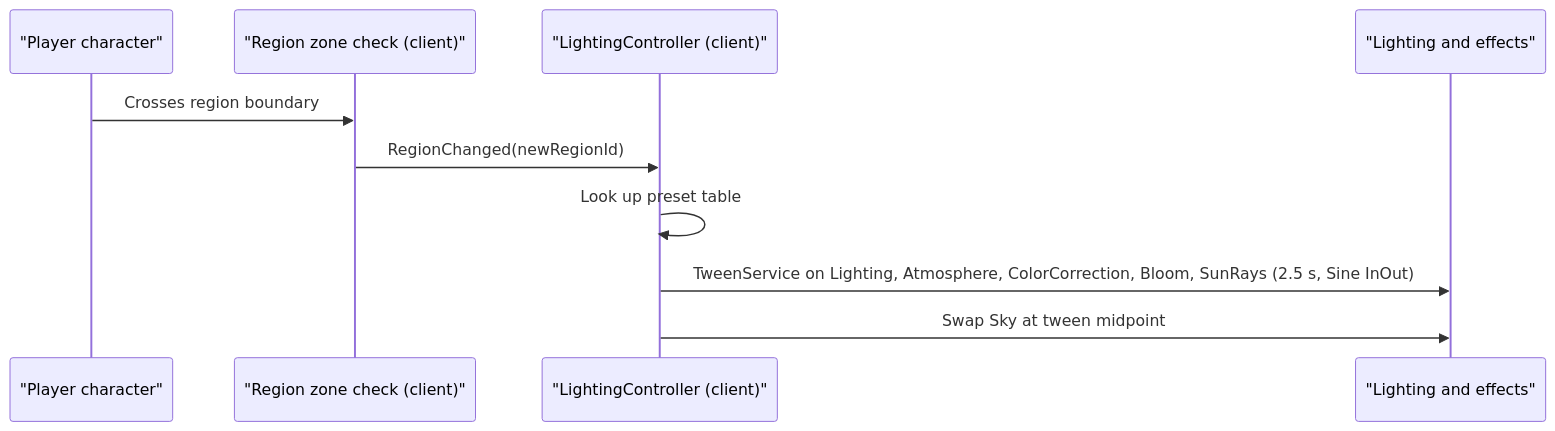
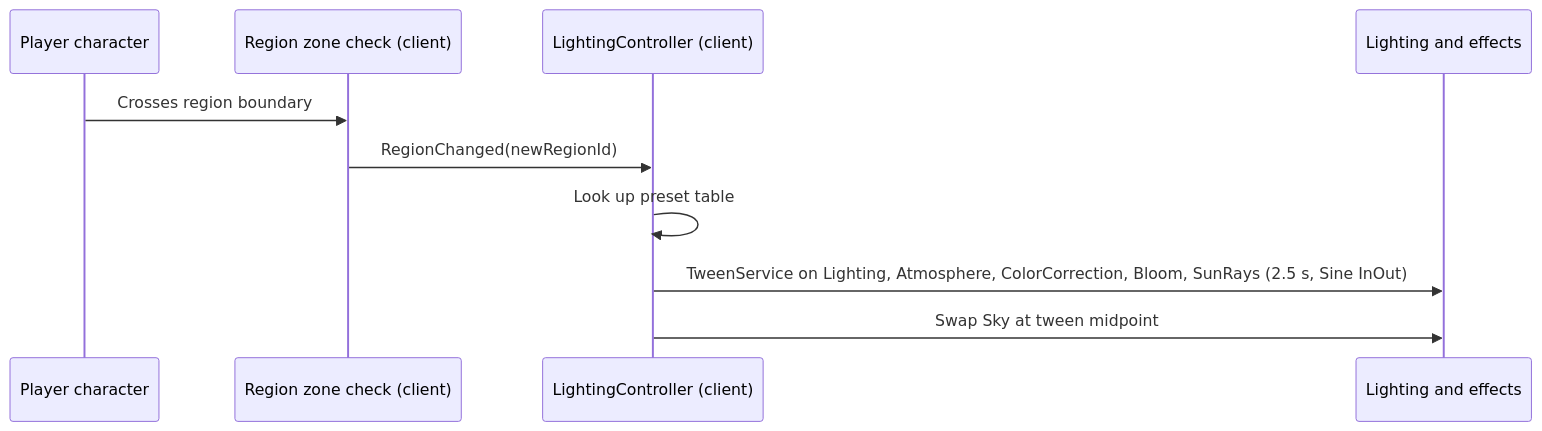
One commit to shrp1434/ZeroCheat changed the diagram in Fight Animals for Eggs - Game Design Bible/12 - ART DIRECTION/Lighting Direction.md. Above: the diagram before and after it, drawn with Mermaid. The commit also changed 23 other files, not shown here.

````diff
--- a/Fight Animals for Eggs - Game Design Bible/12 - ART DIRECTION/Lighting Direction.md
+++ b/Fight Animals for Eggs - Game Design Bible/12 - ART DIRECTION/Lighting Direction.md
@@ -46,12 +46,12 @@
 ```mermaid
 sequenceDiagram
-    participant P as "Player character"
-    participant Z as "Region zone check (client)"
-    participant L as "LightingController (client)"
-    participant S as "Lighting and effects"
+    participant P as Player character
+    participant Z as Region zone check (client)
+    participant L as LightingController (client)
+    participant S as Lighting and effects
     P->>Z: Crosses region boundary
     Z->>L: RegionChanged(newRegionId)
     L->>L: Look up preset table
     L->>S: TweenService on Lighting, Atmosphere, ColorCorrection, Bloom, SunRays (2.5 s, Sine InOut)
     L->>S: Swap Sky at tween midpoint
 ```
````
